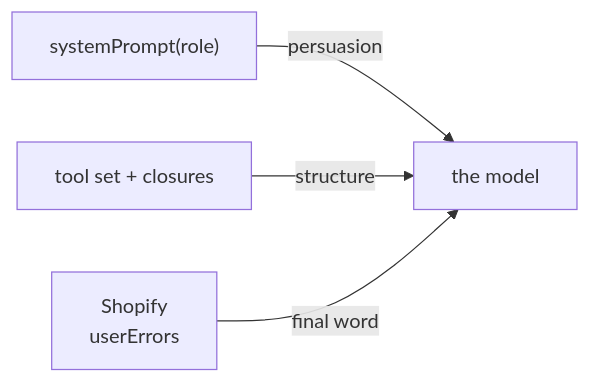
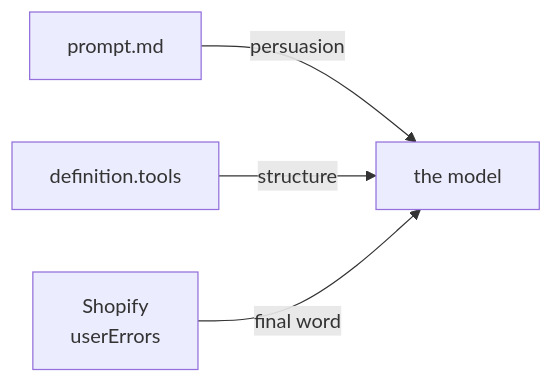
One commit to santiagoposadag/ShopifyVitrina changed the second of 3 diagrams in docs/02-flujos/README.md. Above: the diagram before and after it, drawn with Mermaid. The commit also changed other lines of this file and 11 other files, not shown here.

````diff
--- a/docs/02-flujos/README.md
+++ b/docs/02-flujos/README.md
@@ -33,6 +33,6 @@
 ```mermaid
 graph LR
-    P["systemPrompt(role)"] -->|"persuasion"| AG["the model"]
-    T["tool set + closures"] -->|"structure"| AG
+    P["prompt.md"] -->|"persuasion"| AG["the model"]
+    T["definition.tools"] -->|"structure"| AG
     S["Shopify<br/>userErrors"] -->|"final word"| AG
 ```
````
